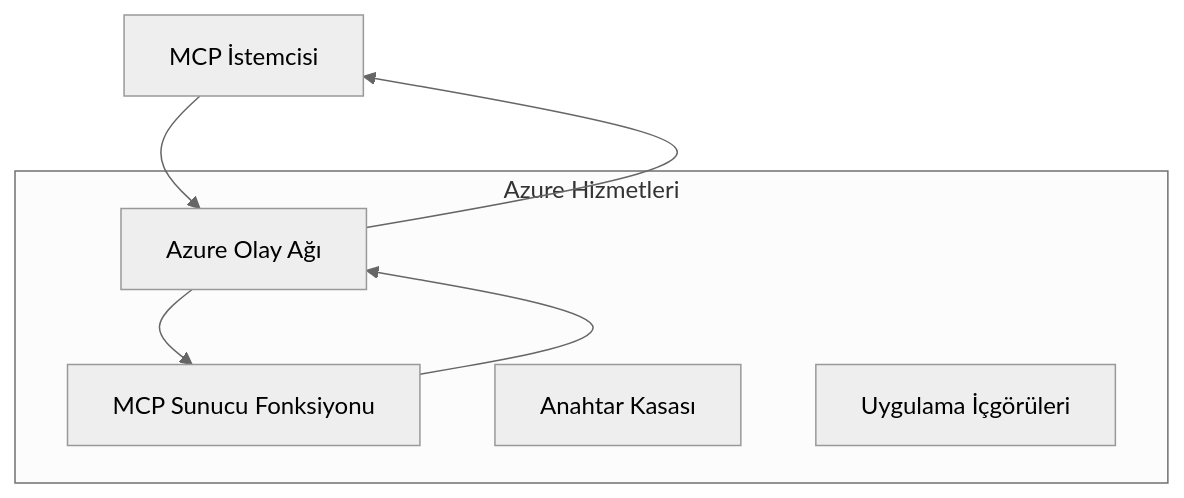
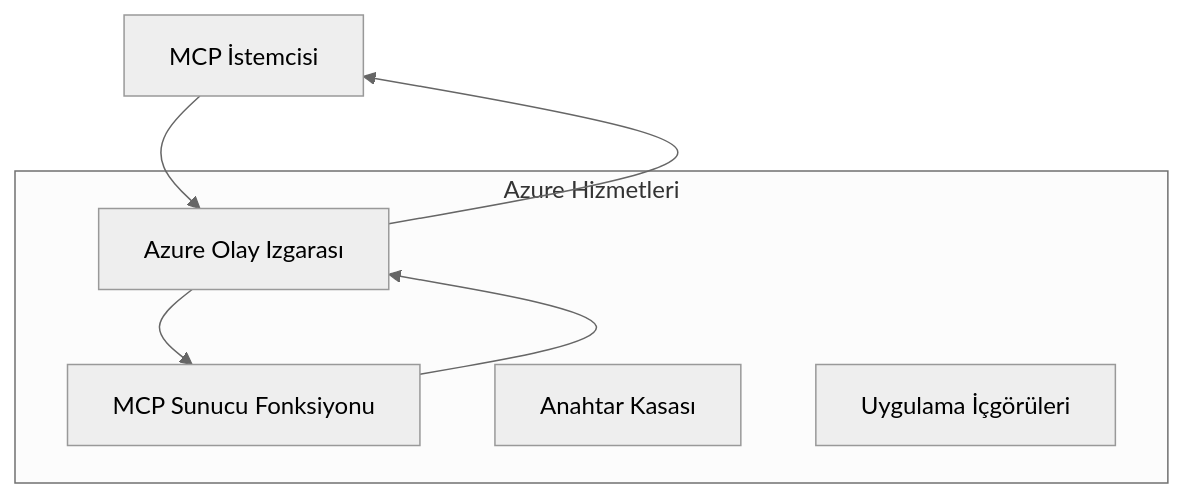
The first of 2 diagrams in mcp_ecosystem__model_context_protocol/mcp_learning_resources/mcp-for-beginners/translations/tr/05-AdvancedTopics/mcp-transport/README.md (HIDORAKAI002/ai-workspace-archive), drawn with Mermaid (neutral theme) before and after one commit. The commit also changed other lines of this file and 1539 other files, not shown here.

````diff
--- a/mcp_ecosystem__model_context_protocol/mcp_learning_resources/mcp-for-beginners/translations/tr/05-AdvancedTopics/mcp-transport/README.md
+++ b/mcp_ecosystem__model_context_protocol/mcp_learning_resources/mcp-for-beginners/translations/tr/05-AdvancedTopics/mcp-transport/README.md
@@ -58,14 +58,14 @@
 ```mermaid
 graph TB
-    Client[MCP İstemcisi] --> EG[Azure Olay Ağı]
+    Client[MCP İstemcisi] --> EG[Azure Olay Izgarası]
     EG --> Server[MCP Sunucu Fonksiyonu]
     Server --> EG
     EG --> Client
     
     subgraph "Azure Hizmetleri"
         EG
         Server
         KV[Anahtar Kasası]
         Monitor[Uygulama İçgörüleri]
     end
 ```
````
